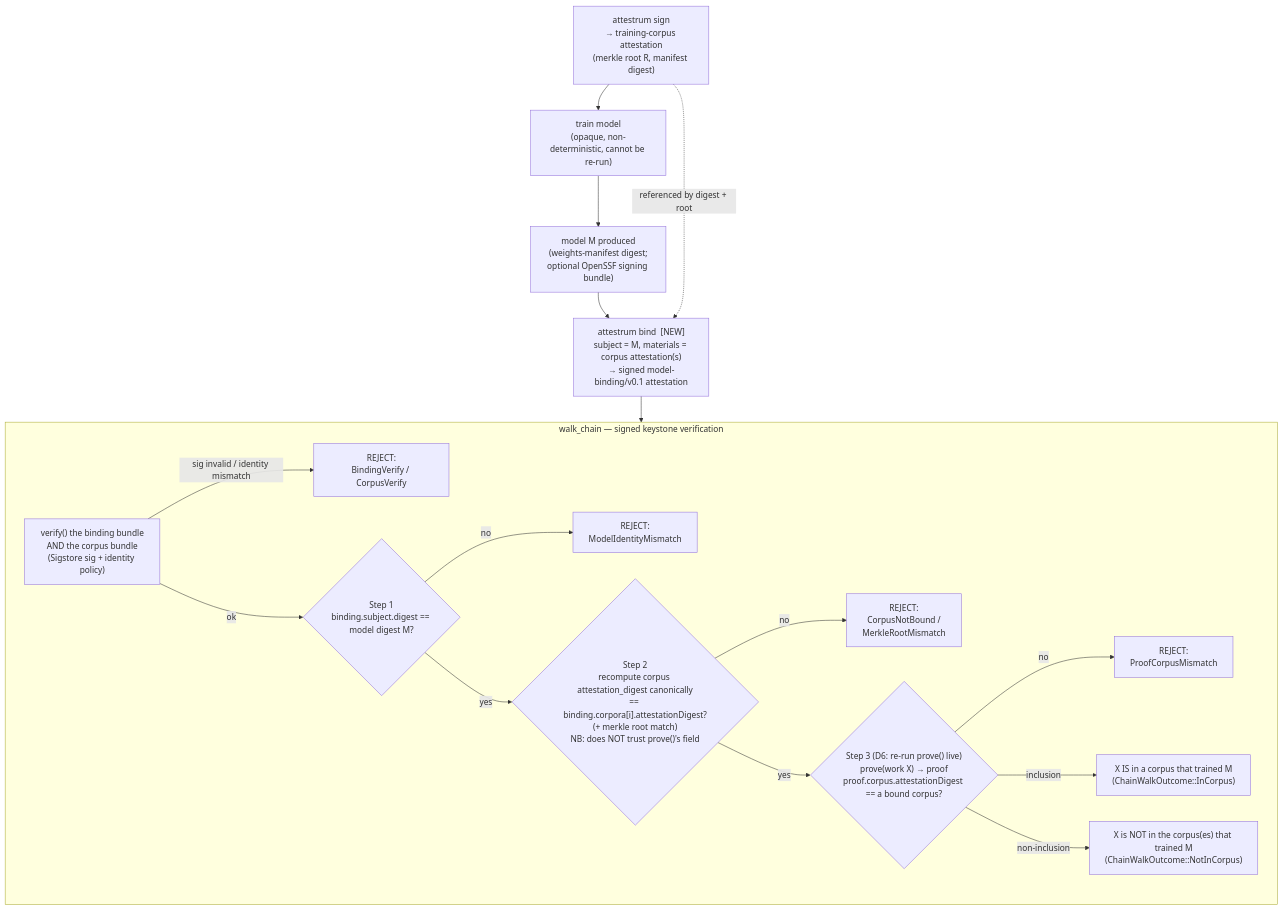
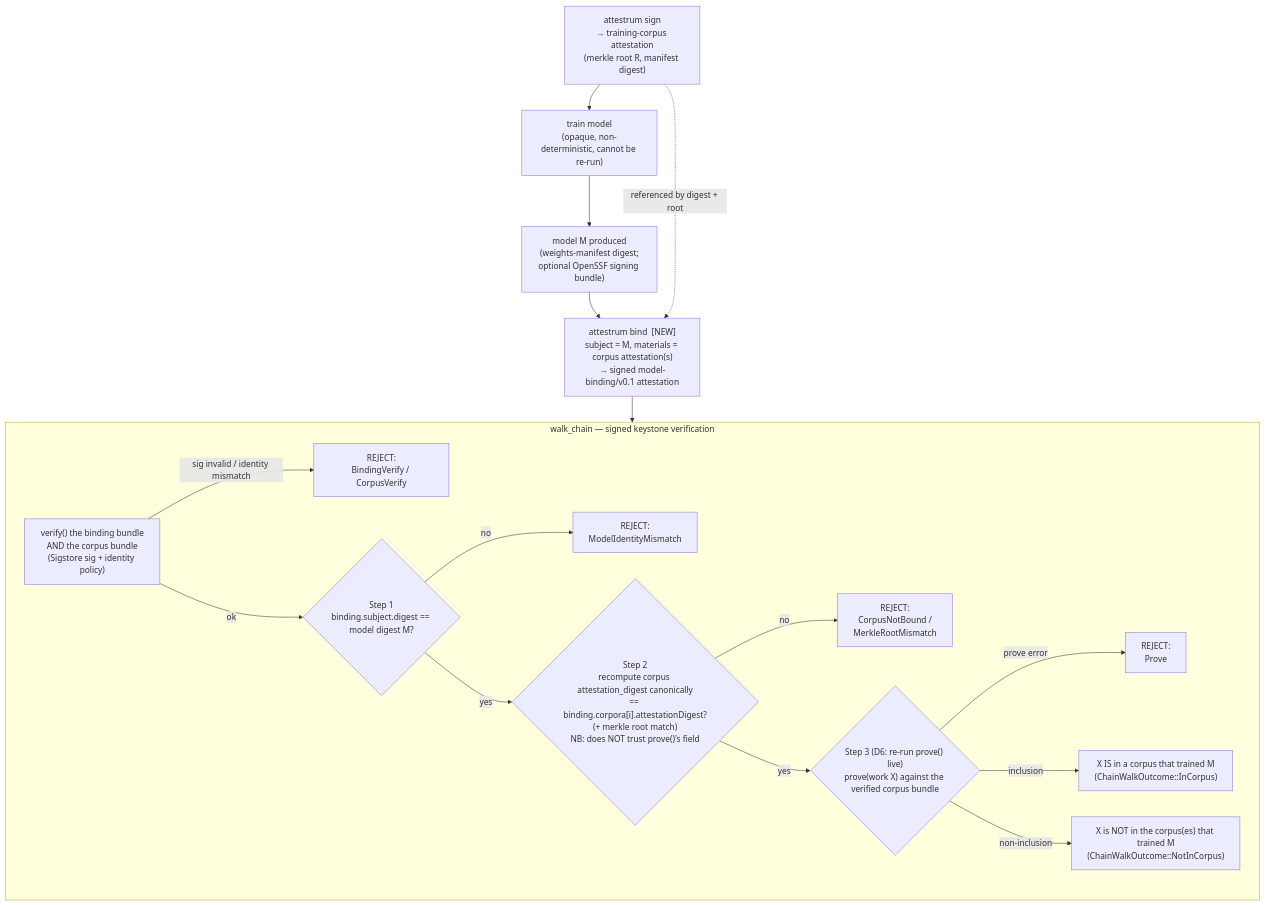
One commit to Attestrum/Attestrum changed the second of 3 diagrams in docs/diagrams/binding/model-binding-and-chain-walk.md. Above: the diagram before and after it, drawn with Mermaid. The commit also changed other lines of this file and 5 other files, not shown here.

````diff
--- a/docs/diagrams/binding/model-binding-and-chain-walk.md
+++ b/docs/diagrams/binding/model-binding-and-chain-walk.md
@@ -57,26 +57,26 @@
 ```mermaid
 flowchart TD
     seal["attestrum sign<br/>→ training-corpus attestation<br/>(merkle root R, manifest digest)"]
     train["train model<br/>(opaque, non-deterministic, cannot be re-run)"]
     model["model M produced<br/>(weights-manifest digest;<br/>optional OpenSSF signing bundle)"]
     bind["attestrum bind  [NEW]<br/>subject = M, materials = corpus attestation(s)<br/>→ signed model-binding/v0.1 attestation"]
 
     seal --> train --> model --> bind
     seal -. "referenced by digest + root" .-> bind
     bind --> walk
 
     subgraph walk["walk_chain — signed keystone verification"]
         v0["verify() the binding bundle<br/>AND the corpus bundle<br/>(Sigstore sig + identity policy)"]
         s1{"Step 1<br/>binding.subject.digest == model digest M?"}
         s2{"Step 2<br/>recompute corpus attestation_digest canonically<br/>== binding.corpora[i].attestationDigest?<br/>(+ merkle root match)<br/>NB: does NOT trust prove()'s field"}
-        s3{"Step 3 (D6: re-run prove() live)<br/>prove(work X) → proof<br/>proof.corpus.attestationDigest == a bound corpus?"}
+        s3{"Step 3 (D6: re-run prove() live)<br/>prove(work X) against the verified corpus bundle"}
         v0 -- "sig invalid / identity mismatch" --> rej0["REJECT:<br/>BindingVerify / CorpusVerify"]
         v0 -- ok --> s1
         s1 -- no --> reject["REJECT:<br/>ModelIdentityMismatch"]
         s2 -- no --> reject2["REJECT:<br/>CorpusNotBound /<br/>MerkleRootMismatch"]
-        s3 -- no --> reject3["REJECT:<br/>ProofCorpusMismatch"]
+        s3 -- "prove error" --> reject3["REJECT:<br/>Prove"]
         s1 -- yes --> s2 -- yes --> s3
         s3 -- "inclusion" --> inc["X IS in a corpus that trained M<br/>(ChainWalkOutcome::InCorpus)"]
         s3 -- "non-inclusion" --> noninc["X is NOT in the corpus(es) that trained M<br/>(ChainWalkOutcome::NotInCorpus)"]
     end
 ```
````
